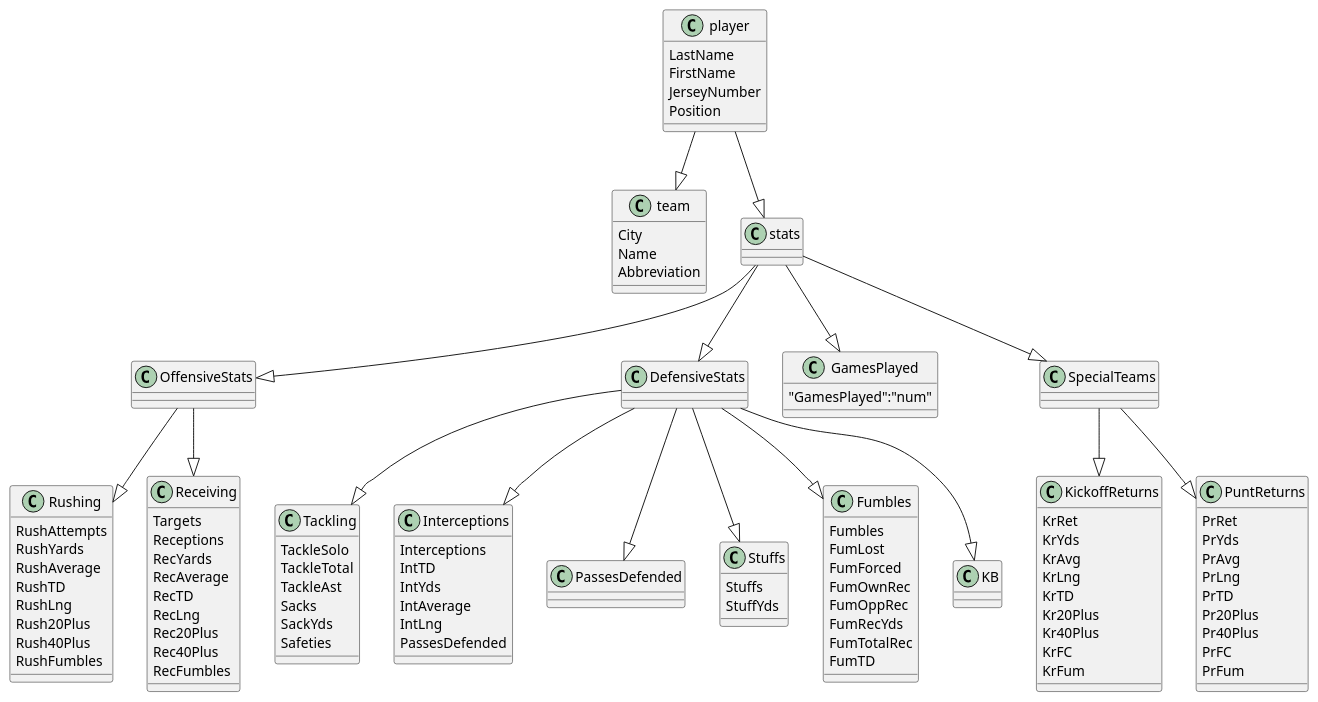
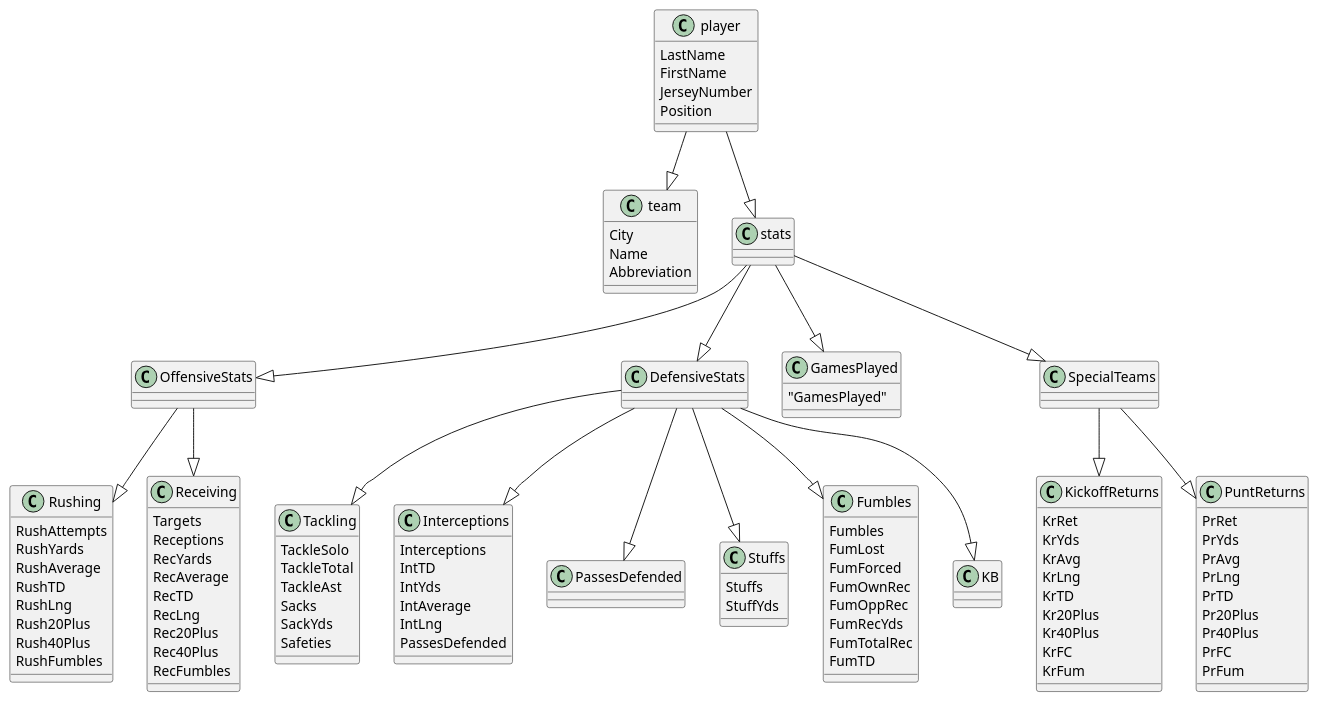
Before and after one commit to aarce104/SportsAnalyticsSoftware: the diagram in src/main/LS_stats.puml, drawn with PlantUML. The commit also changed 3 other files, not shown here.

```diff
--- a/src/main/LS_stats.puml
+++ b/src/main/LS_stats.puml
@@ -1,129 +1,129 @@
 @startuml
 
 class player
 class team
 class stats
 class OffensiveStats
 class DefensiveStats
 
 
 player --|> team
 player --|> stats
 stats --|> GamesPlayed
 stats --|> OffensiveStats
 stats --|> DefensiveStats
 stats --|> SpecialTeams
 OffensiveStats --|> Rushing
 OffensiveStats --|> Receiving
 DefensiveStats --|> Tackling
 DefensiveStats --|> Interceptions
 DefensiveStats --|> PassesDefended
 DefensiveStats --|> Stuffs
 DefensiveStats --|> Fumbles
 DefensiveStats --|> KB
 SpecialTeams --|> KickoffReturns
 SpecialTeams --|> PuntReturns
 
 class player {
 LastName
 FirstName
 JerseyNumber
 Position
 }
 
 class team {
 City
 Name
 Abbreviation
 }
 
 class GamesPlayed {
-"GamesPlayed":"num"
+"GamesPlayed"
 }
 
 class Receiving {
 Targets
 Receptions
 RecYards
 RecAverage
 RecTD
 RecLng
 Rec20Plus
 Rec40Plus
 RecFumbles
 }
 
 class Rushing {
 RushAttempts
 RushYards
 RushAverage
 RushTD
 RushLng
 Rush20Plus
 Rush40Plus
 RushFumbles
 }
 
 class Tackling {
 TackleSolo
 TackleTotal
 TackleAst
 Sacks
 SackYds
 Safeties
 }
 
 class Interceptions {
 Interceptions
 IntTD
 IntYds
 IntAverage
 IntLng
 PassesDefended
 }
 
 class Fumbles {
 Fumbles
 FumLost
 FumForced
 FumOwnRec
 FumOppRec
 FumRecYds
 FumTotalRec
 FumTD
 }
 
 class SpecialTeams {
 
 }
 
 class KickoffReturns {
 KrRet
 KrYds
 KrAvg
 KrLng
 KrTD
 Kr20Plus
 Kr40Plus
 KrFC
 KrFum
 }
 
 class PuntReturns {
 PrRet
 PrYds
 PrAvg
 PrLng
 PrTD
 Pr20Plus
 Pr40Plus
 PrFC
 PrFum
 }
 
 class Stuffs {
 Stuffs
 StuffYds
 }
 
 @enduml
```
